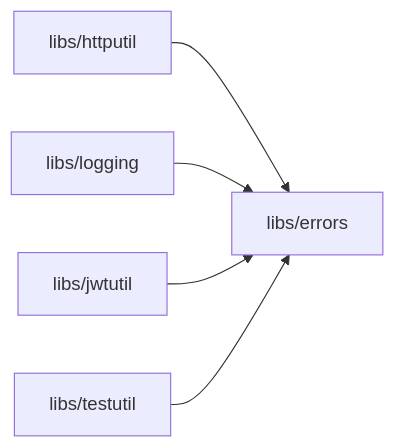
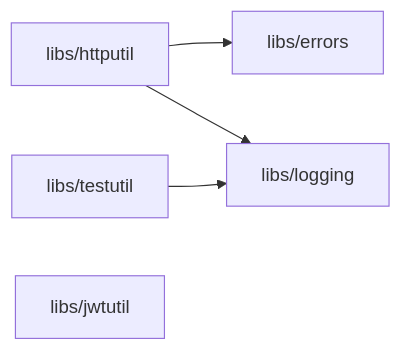
Before and after one commit to jedi-knights/identity-platform-go: the second of 2 diagrams in README.md, drawn with Mermaid. The commit also changed other lines of this file, not shown here.

Commit message:
docs(readme): fix dependency graph — jwtutil is standalone, testutil→logging, httputil→errors+logging

````diff
--- a/README.md
+++ b/README.md
@@ -631,7 +631,7 @@
 ```mermaid
 graph LR
     httputil["libs/httputil"] --> errors["libs/errors"]
-    logging["libs/logging"]   --> errors
-    jwtutil["libs/jwtutil"]   --> errors
-    testutil["libs/testutil"] --> errors
+    httputil               --> logging["libs/logging"]
+    testutil["libs/testutil"] --> logging
+    jwtutil["libs/jwtutil"]
 ```
````
